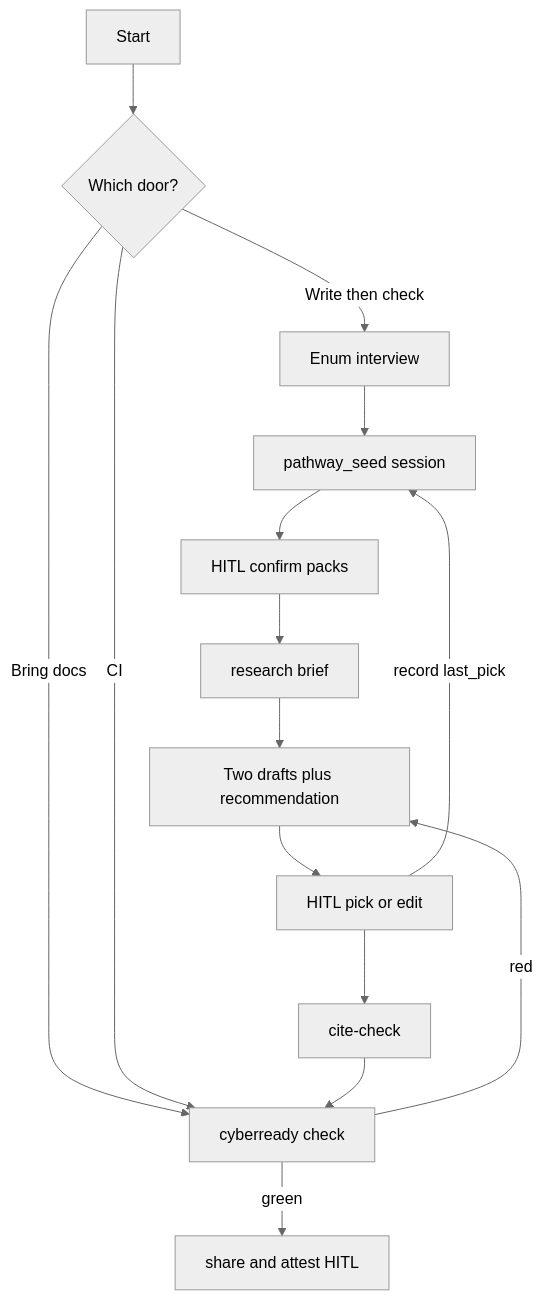
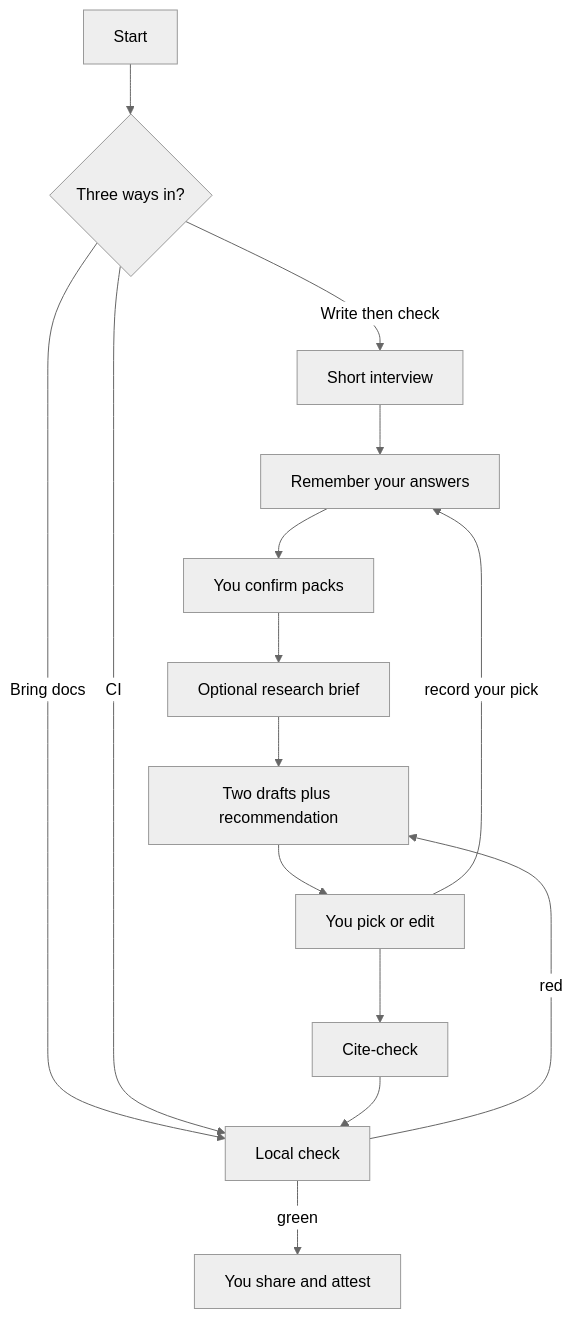
Before and after one commit to RI-SE/curbpack: the diagram in docs/getting-started/pathway.md, drawn with Mermaid (neutral theme). The commit also changed other lines of this file and 18 other files, not shown here.

First line of the commit message:
docs: top-tier polish for three-ways-in pedagogy and claim-safe site coherence

````diff
--- a/docs/getting-started/pathway.md
+++ b/docs/getting-started/pathway.md
@@ -21,23 +21,23 @@
 ```mermaid
 flowchart TD
   start[Start]
-  door{Which door?}
-  interview[Enum interview]
-  seed[pathway_seed session]
-  packs[HITL confirm packs]
-  research[research brief]
+  ways{Three ways in?}
+  interview[Short interview]
+  session[Remember your answers]
+  packs[You confirm packs]
+  research[Optional research brief]
   ab[Two drafts plus recommendation]
-  pick[HITL pick or edit]
-  cite[cite-check]
-  check[cyberready check]
-  share[share and attest HITL]
+  pick[You pick or edit]
+  cite[Cite-check]
+  check[Local check]
+  share[You share and attest]
 
-  start --> door
-  door -->|"Write then check"| interview
-  door -->|"Bring docs"| check
-  door -->|"CI"| check
-  interview --> seed --> packs --> research --> ab --> pick --> cite --> check
+  start --> ways
+  ways -->|"Write then check"| interview
+  ways -->|"Bring docs"| check
+  ways -->|"CI"| check
+  interview --> session --> packs --> research --> ab --> pick --> cite --> check
   check -->|red| ab
   check -->|green| share
-  pick -->|"record last_pick"| seed
+  pick -->|"record your pick"| session
 ```
````
